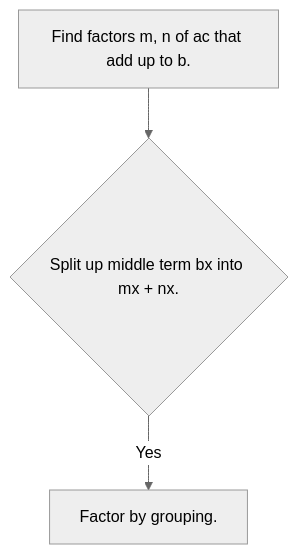
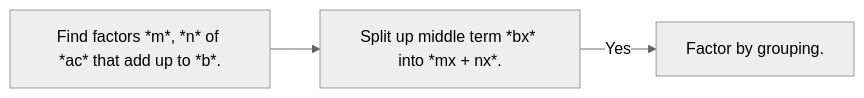
The diagram in _sources/docs/algebra-review/1-factoring.md (jkeneda/jupyter-math-book), drawn with Mermaid (neutral theme) before and after one commit. The commit also changed other lines of this file and 6 other files, not shown here.

````diff
--- a/_sources/docs/algebra-review/1-factoring.md
+++ b/_sources/docs/algebra-review/1-factoring.md
@@ -75,5 +75,5 @@
 ```{mermaid}
-    flowchart TD
-    A[Find factors m, n of ac that add up to b.] --> B{Split up middle term bx into mx + nx.}
+    flowchart LR
+    A[Find factors *m*, *n* of *ac* that add up to *b*.] --> B[Split up middle term *bx* into *mx + nx*.]
     B -- Yes --> C[Factor by grouping.]
 ```
````
